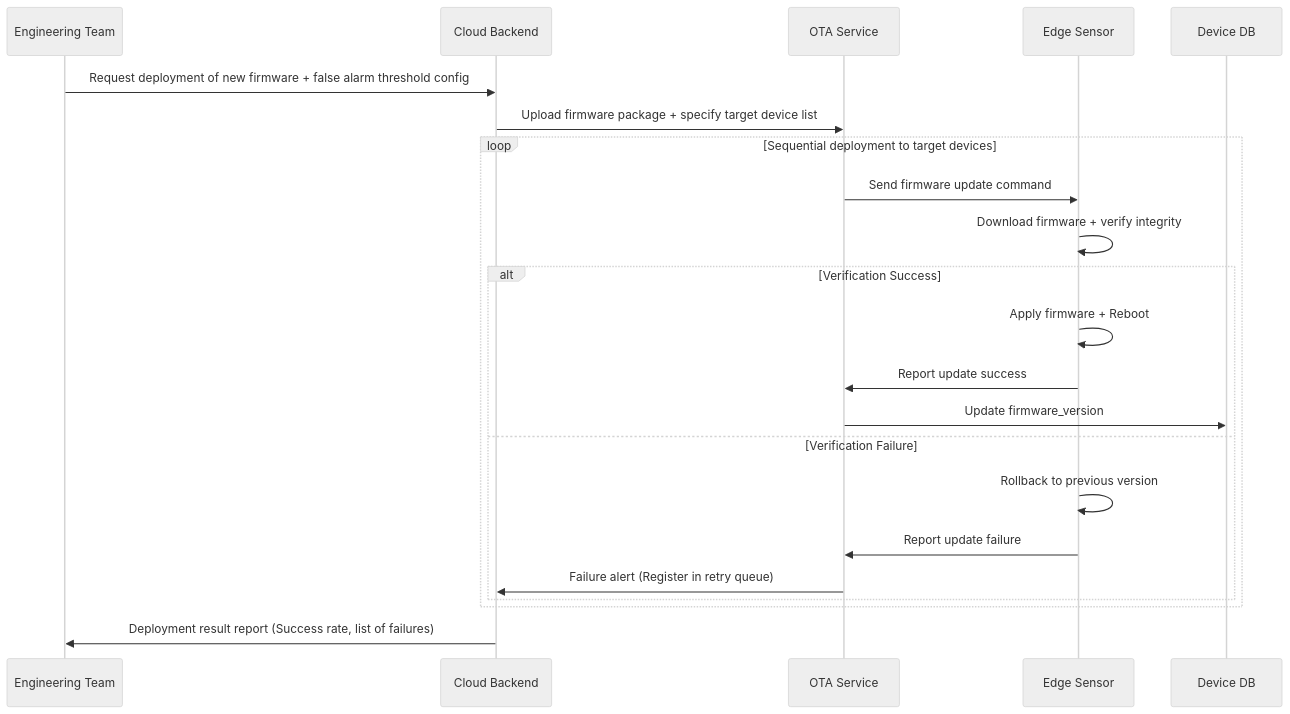
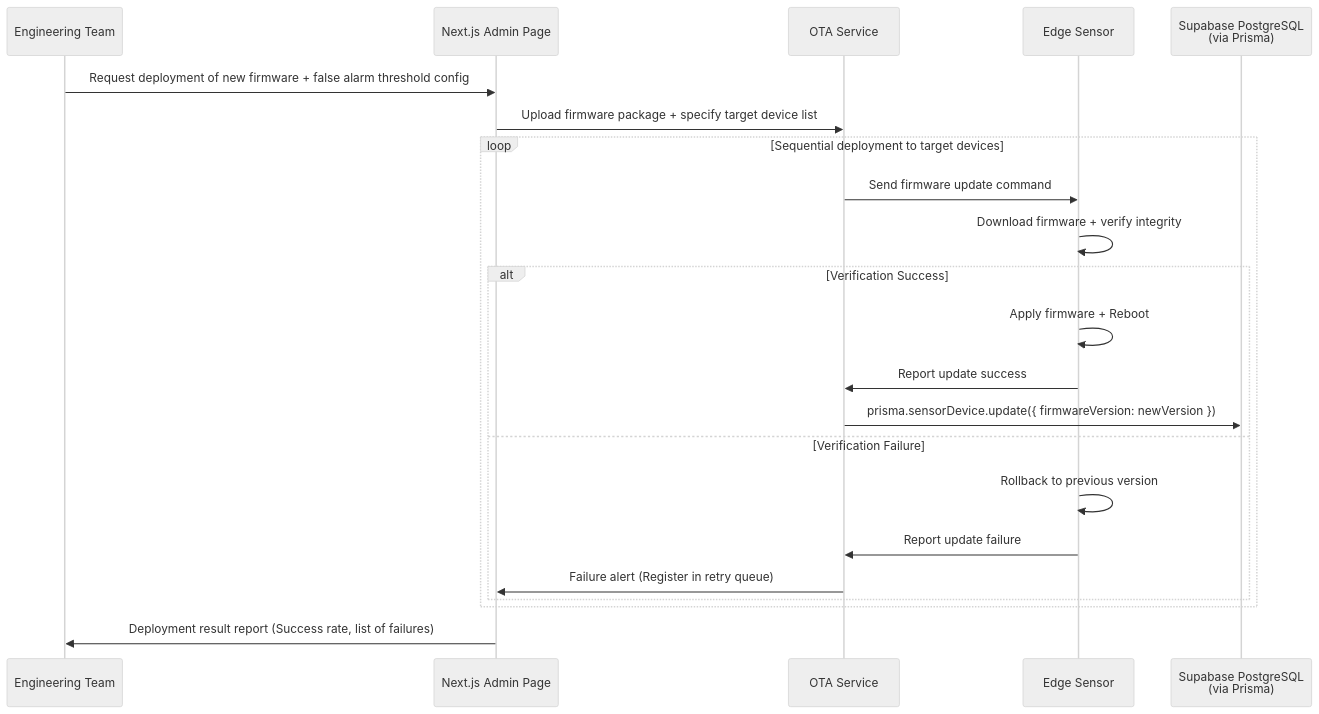
One commit to bugsmile/SRS-from-PRD_AmbieCARE changed diagram 11 of 11 in SRS-Draft/SRS_v01(ENG_OPUS).md. Above: the diagram before and after it, drawn with Mermaid (neutral theme). The commit also changed other lines of this file and 4 other files, not shown here.

````diff
--- a/SRS-Draft/SRS_v01(ENG_OPUS).md
+++ b/SRS-Draft/SRS_v01(ENG_OPUS).md
@@ -928,27 +1131,27 @@
 ```mermaid
 sequenceDiagram
     participant ENG as Engineering Team
-    participant C as Cloud Backend
+    participant ADMIN as Next.js Admin Page
     participant OTA as OTA Service
     participant S as Edge Sensor
-    participant DB as Device DB
+    participant DB as Supabase PostgreSQL<br/>(via Prisma)
 
-    ENG->>C: Request deployment of new firmware + false alarm threshold config
-    C->>OTA: Upload firmware package + specify target device list
+    ENG->>ADMIN: Request deployment of new firmware + false alarm threshold config
+    ADMIN->>OTA: Upload firmware package + specify target device list
 
     loop Sequential deployment to target devices
         OTA->>S: Send firmware update command
         S->>S: Download firmware + verify integrity
         alt Verification Success
             S->>S: Apply firmware + Reboot
             S->>OTA: Report update success
-            OTA->>DB: Update firmware_version
+            OTA->>DB: prisma.sensorDevice.update({ firmwareVersion: newVersion })
         else Verification Failure
             S->>S: Rollback to previous version
             S->>OTA: Report update failure
-            OTA->>C: Failure alert (Register in retry queue)
+            OTA->>ADMIN: Failure alert (Register in retry queue)
         end
     end
 
-    C->>ENG: Deployment result report (Success rate, list of failures)
+    ADMIN->>ENG: Deployment result report (Success rate, list of failures)
 ```
````
